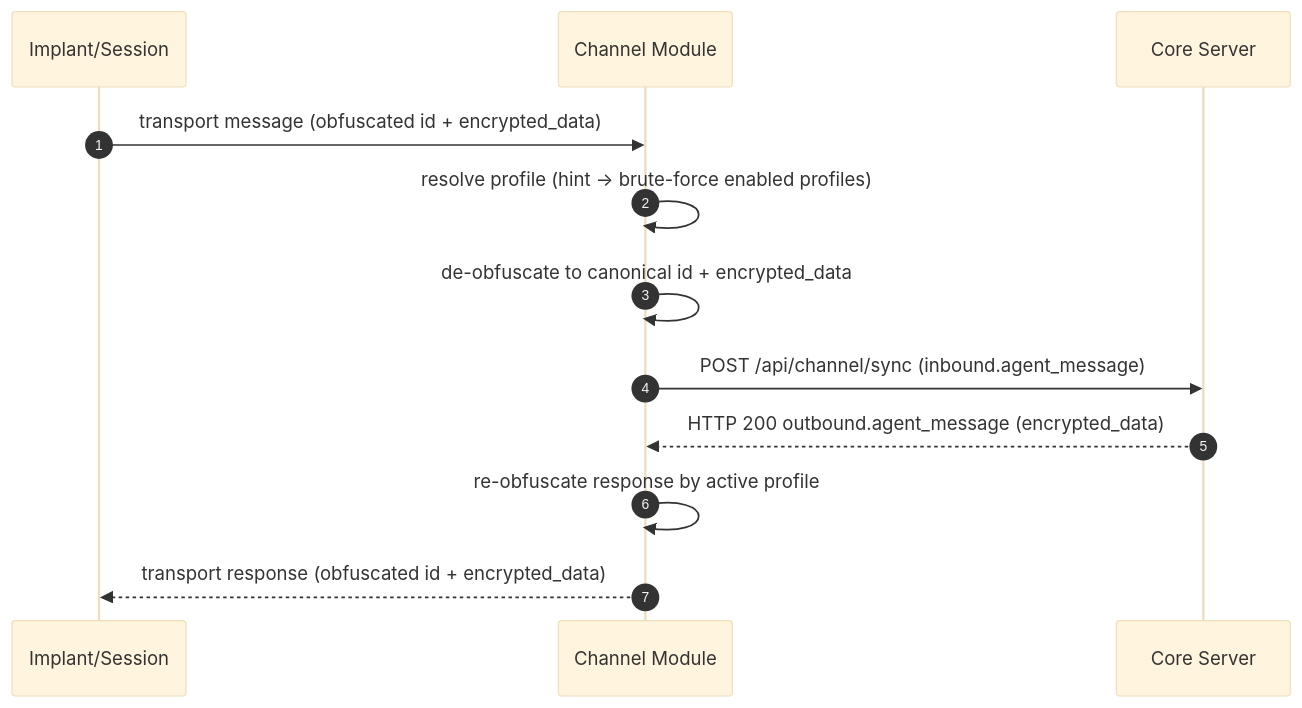
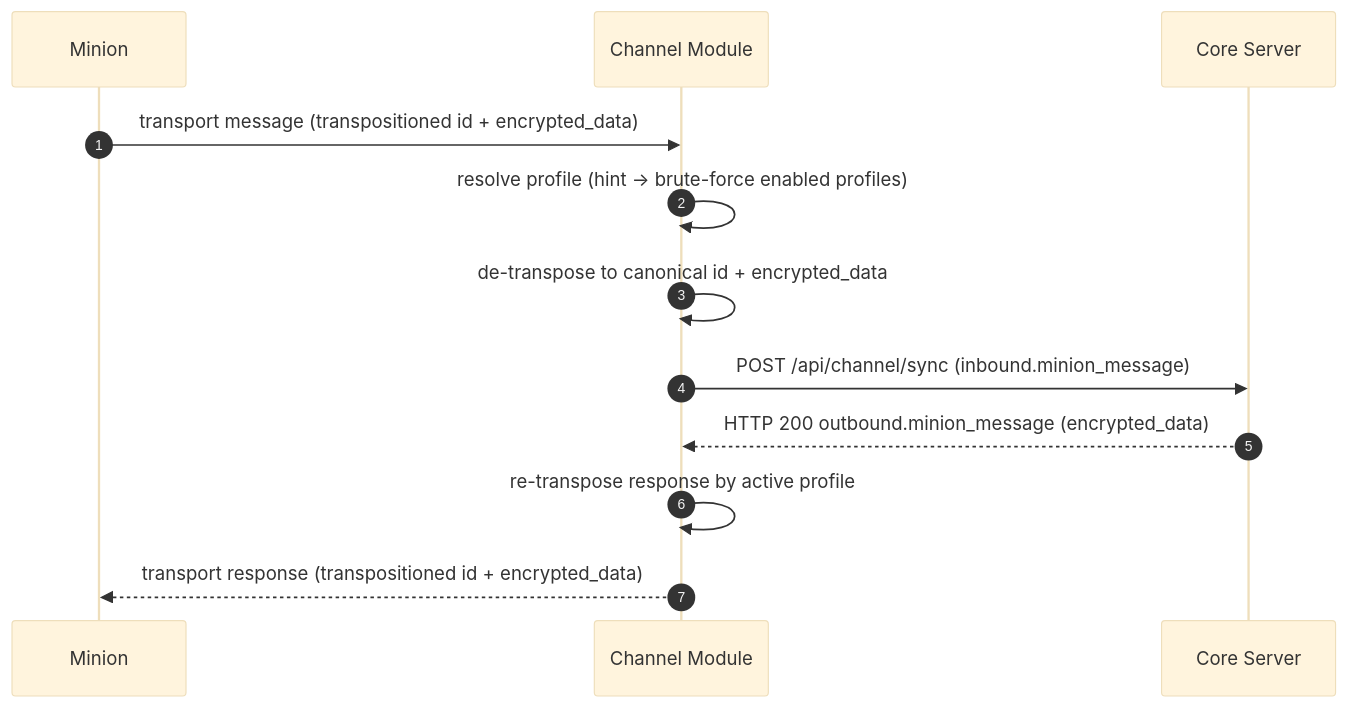
The diagram in src/content/docs/message-flow.md (vibe-c2/vibe-c2-docs), drawn with Mermaid (base theme) before and after one commit. The commit also changed other lines of this file and 38 other files, not shown here.

````diff
--- a/src/content/docs/message-flow.md
+++ b/src/content/docs/message-flow.md
@@ -11,15 +11,15 @@
 ```mermaid
 sequenceDiagram
     autonumber
-    participant I as Implant/Session
+    participant I as Minion
     participant CH as Channel Module
     participant CS as Core Server
 
-    I->>CH: transport message (obfuscated id + encrypted_data)
+    I->>CH: transport message (transpositioned id + encrypted_data)
     CH->>CH: resolve profile (hint -> brute-force enabled profiles)
-    CH->>CH: de-obfuscate to canonical id + encrypted_data
-    CH->>CS: POST /api/channel/sync (inbound.agent_message)
-    CS-->>CH: HTTP 200 outbound.agent_message (encrypted_data)
-    CH->>CH: re-obfuscate response by active profile
-    CH-->>I: transport response (obfuscated id + encrypted_data)
+    CH->>CH: de-transpose to canonical id + encrypted_data
+    CH->>CS: POST /api/channel/sync (inbound.minion_message)
+    CS-->>CH: HTTP 200 outbound.minion_message (encrypted_data)
+    CH->>CH: re-transpose response by active profile
+    CH-->>I: transport response (transpositioned id + encrypted_data)
 ```
````
